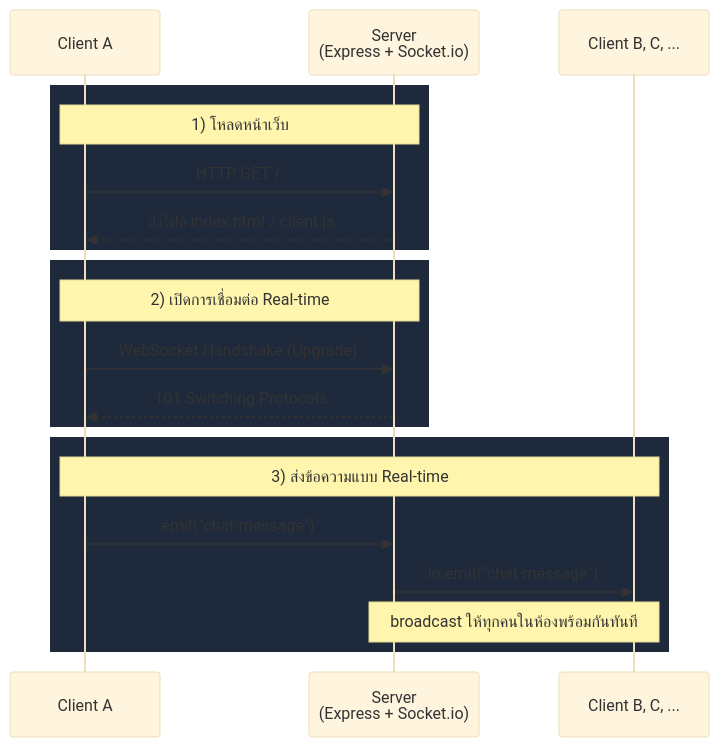
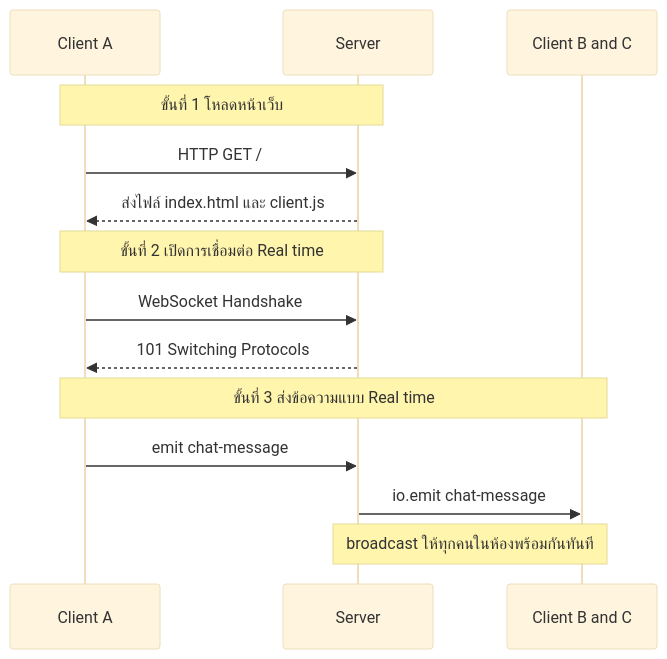
The diagram in README.md (Peeranat-Non/im-chatapp), drawn with Mermaid (base theme) before and after one commit.

````diff
--- a/README.md
+++ b/README.md
@@ -40,25 +40,19 @@
 ```mermaid
 sequenceDiagram
     participant A as Client A
-    participant S as Server<br/>(Express + Socket.io)
-    participant O as Client B, C, ...
+    participant S as Server
+    participant O as Client B and C
 
-    rect rgb(30, 41, 59)
-    Note over A,S: 1) โหลดหน้าเว็บ
+    Note over A,S: ขั้นที่ 1 โหลดหน้าเว็บ
     A->>S: HTTP GET /
-    S-->>A: ส่งไฟล์ index.html / client.js
-    end
+    S-->>A: ส่งไฟล์ index.html และ client.js
 
-    rect rgb(30, 41, 59)
-    Note over A,S: 2) เปิดการเชื่อมต่อ Real-time
-    A->>S: WebSocket Handshake (Upgrade)
+    Note over A,S: ขั้นที่ 2 เปิดการเชื่อมต่อ Real time
+    A->>S: WebSocket Handshake
     S-->>A: 101 Switching Protocols
-    end
 
-    rect rgb(30, 41, 59)
-    Note over A,O: 3) ส่งข้อความแบบ Real-time
-    A->>S: emit("chat-message")
-    S->>O: io.emit("chat-message")
+    Note over A,O: ขั้นที่ 3 ส่งข้อความแบบ Real time
+    A->>S: emit chat-message
+    S->>O: io.emit chat-message
     Note over S,O: broadcast ให้ทุกคนในห้องพร้อมกันทันที
-    end
 ```
````
